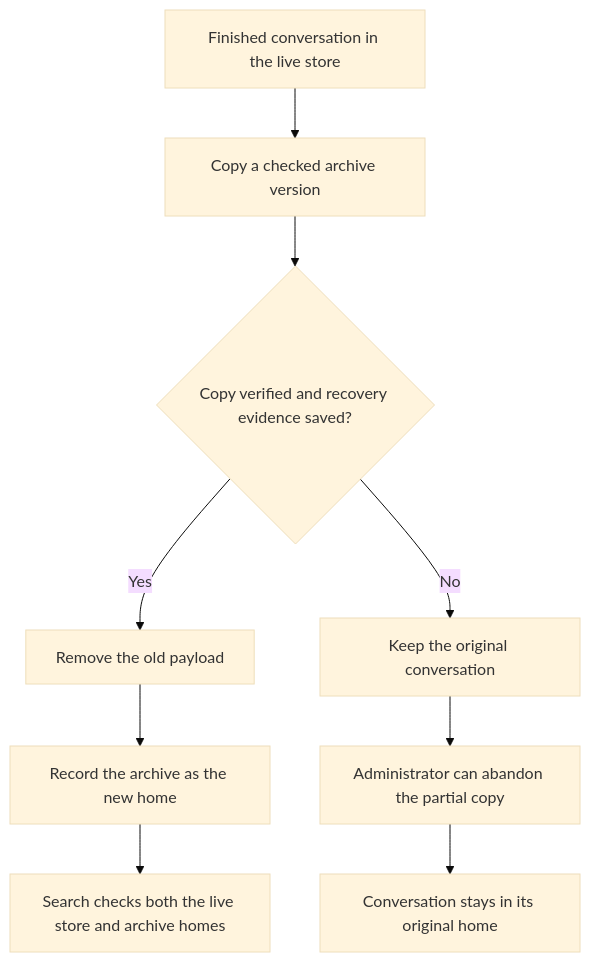
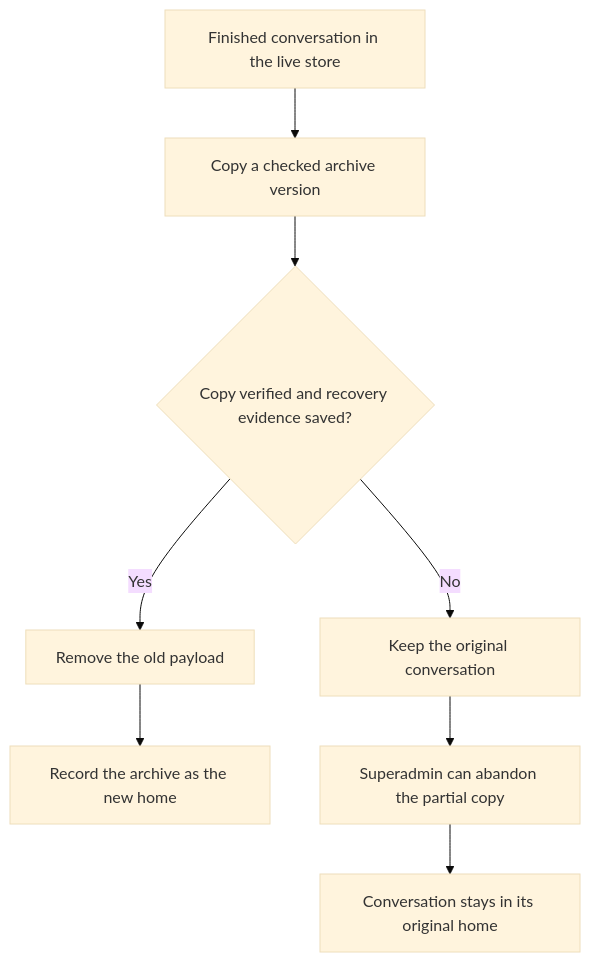
The diagram in apps/www/src/content/blog/sams-journal-archives-got-an-exit.md (raphaeltm/simple-agent-manager), drawn with Mermaid (base theme) before and after one commit. The commit also changed other lines of this file and 2 other files, not shown here.

Commit message:
docs(blog): correct archive recovery journal

````diff
--- a/apps/www/src/content/blog/sams-journal-archives-got-an-exit.md
+++ b/apps/www/src/content/blog/sams-journal-archives-got-an-exit.md
@@ -22,11 +22,10 @@
 ```mermaid
 flowchart TD
     A[Finished conversation in the live store] --> B[Copy a checked archive version]
     B --> C{Copy verified and recovery evidence saved?}
     C -->|Yes| D[Remove the old payload]
     D --> E[Record the archive as the new home]
     C -->|No| F[Keep the original conversation]
-    F --> G[Administrator can abandon the partial copy]
+    F --> G[Superadmin can abandon the partial copy]
     G --> H[Conversation stays in its original home]
-    E --> I[Search checks both the live store and archive homes]
 ```
````
